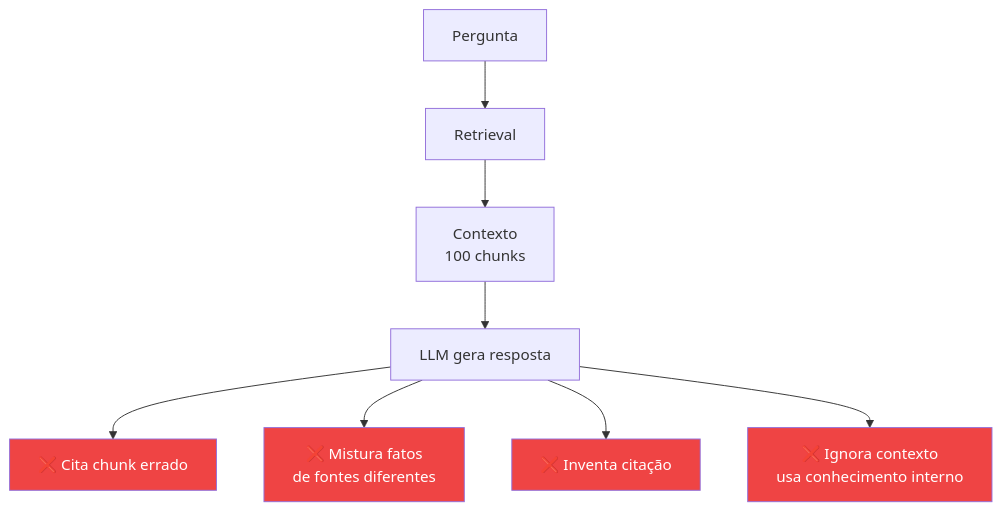
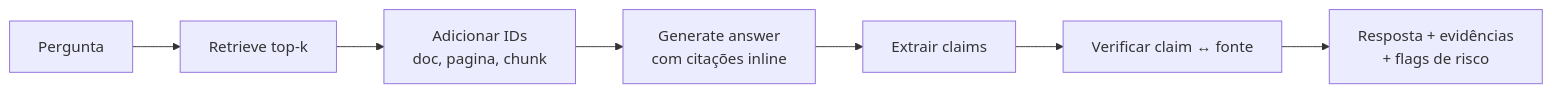
One commit to delgadoliveira/topicos-especiais-ia changed diagram 14 of 20 in pages/encontro-3.md. Above: the diagram before and after it, drawn with Mermaid. The commit also changed other lines of this file and 5 other files, not shown here.

````diff
--- a/pages/encontro-3.md
+++ b/pages/encontro-3.md
@@ -699,15 +692,9 @@
-```mermaid {scale: 0.55}
-flowchart TB
-  P[Pergunta] --> R[Retrieval]
-  R --> C[Contexto<br/>100 chunks]
-  C --> L[LLM gera resposta]
-  L --> F1[❌ Cita chunk errado]
-  L --> F2[❌ Mistura fatos<br/>de fontes diferentes]
-  L --> F3[❌ Inventa citação]
-  L --> F4[❌ Ignora contexto<br/>usa conhecimento interno]
-  
-  style F1 fill:#ef4444,color:#fff
-  style F2 fill:#ef4444,color:#fff
-  style F3 fill:#ef4444,color:#fff
-  style F4 fill:#ef4444,color:#fff
+```mermaid {scale: 0.54}
+flowchart LR
+  Q[Pergunta] --> R[Retrieve top-k]
+  R --> IDs[Adicionar IDs<br/>doc, pagina, chunk]
+  IDs --> A[Generate answer<br/>com citações inline]
+  A --> C[Extrair claims]
+  C --> V[Verificar claim ↔ fonte]
+  V --> O[Resposta + evidências<br/>+ flags de risco]
 ```
````
